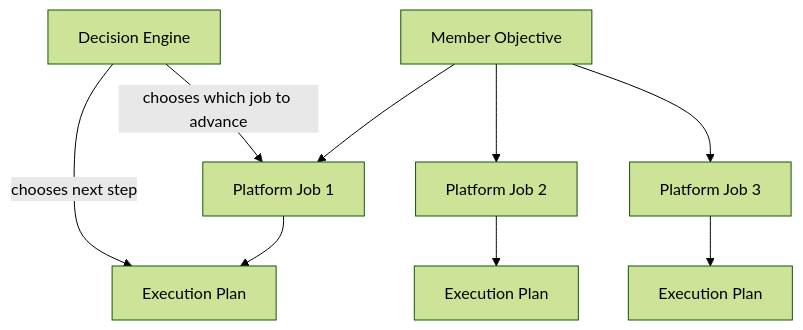
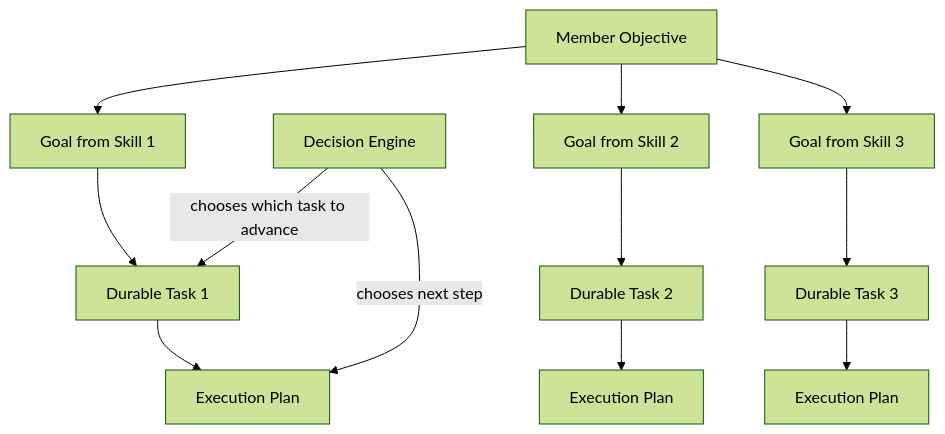
Before and after one commit to bhochhi/nexus: the third of 9 diagrams in docs/Architecture3.md, drawn with Mermaid (forest theme). The commit also changed other lines of this file and 38 other files, not shown here.

First line of the commit message:
feat: standardize skill architecture and conversational routing

````diff
--- a/docs/Architecture3.md
+++ b/docs/Architecture3.md
@@ -139,11 +143,14 @@
 ```mermaid
 flowchart TD
-    O[Member Objective] --> J1[Platform Job 1]
-    O --> J2[Platform Job 2]
-    O --> J3[Platform Job 3]
-    J1 --> P1[Execution Plan]
-    J2 --> P2[Execution Plan]
-    J3 --> P3[Execution Plan]
-    DE[Decision Engine] -->|chooses which job to advance| J1
+    O[Member Objective] --> G1[Goal from Skill 1]
+    O --> G2[Goal from Skill 2]
+    O --> G3[Goal from Skill 3]
+    G1 --> T1[Durable Task 1]
+    G2 --> T2[Durable Task 2]
+    G3 --> T3[Durable Task 3]
+    T1 --> P1[Execution Plan]
+    T2 --> P2[Execution Plan]
+    T3 --> P3[Execution Plan]
+    DE[Decision Engine] -->|chooses which task to advance| T1
     DE -->|chooses next step| P1
 ```
````
